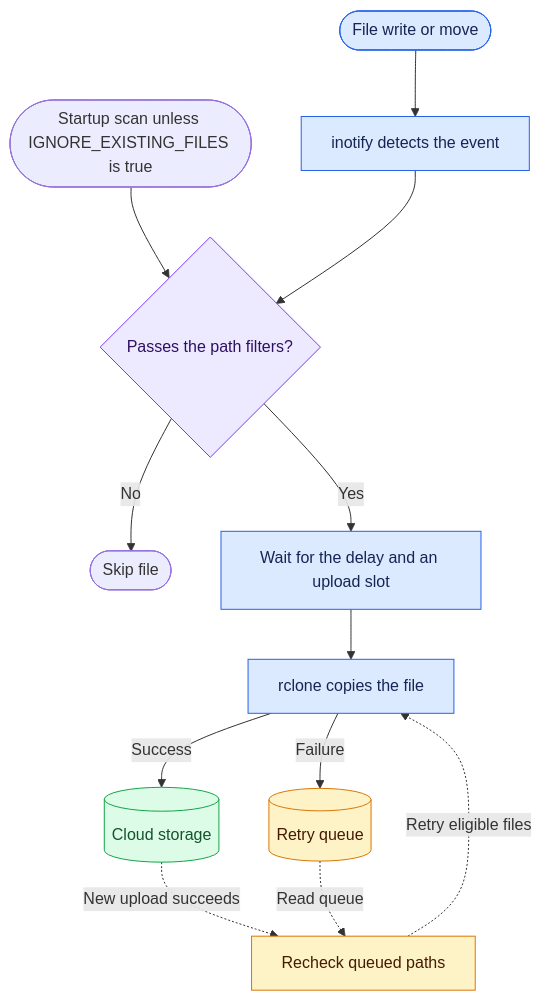
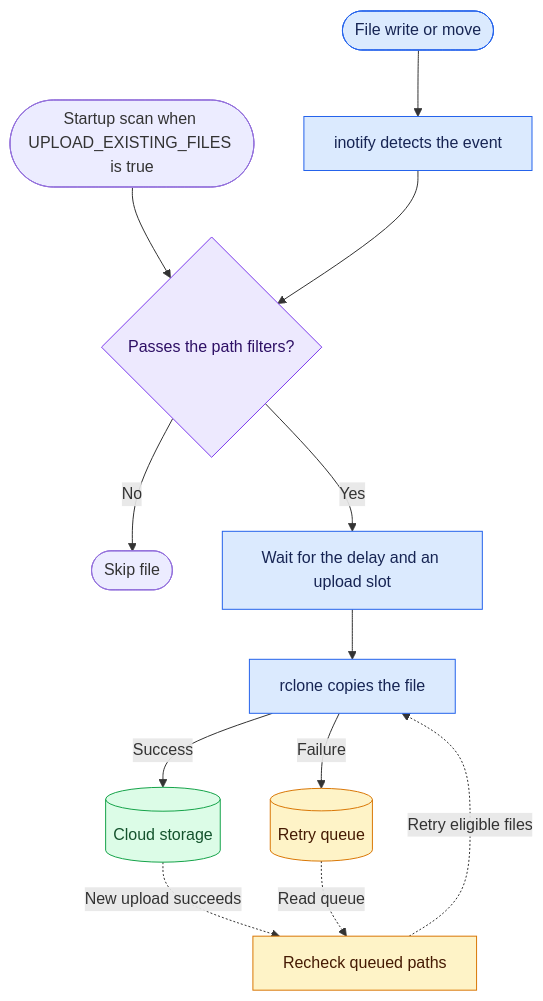
The diagram in README.md (ldsink/rclone-watch), drawn with Mermaid before and after one commit. The commit also changed other lines of this file and 4 other files, not shown here.

````diff
--- a/README.md
+++ b/README.md
@@ -127,23 +126,23 @@
 ```mermaid
 flowchart TD
     Event(["File write or move"]) --> Watch["inotify detects the event"]
-    Startup(["Startup scan unless IGNORE_EXISTING_FILES is true"]) --> Filters
+    Startup(["Startup scan when UPLOAD_EXISTING_FILES is true"]) --> Filters
     Watch --> Filters{"Passes the path filters?"}
     Filters -->|No| Skip(["Skip file"])
     Filters -->|Yes| Wait["Wait for the delay and an upload slot"]
     Wait --> Upload["rclone copies the file"]
     Upload -->|Success| Cloud[("Cloud storage")]
     Upload -->|Failure| Queue[("Retry queue")]
     Cloud -.->|New upload succeeds| Retry["Recheck queued paths"]
     Queue -.->|Read queue| Retry
     Retry -.->|Retry eligible files| Upload
 
     classDef input fill:#dbeafe,stroke:#2563eb,color:#172554
     classDef decision fill:#ede9fe,stroke:#7c3aed,color:#2e1065
     classDef success fill:#dcfce7,stroke:#16a34a,color:#14532d
     classDef retry fill:#fef3c7,stroke:#d97706,color:#451a03
     class Event,Watch,Wait,Upload input
     class Filters decision
     class Cloud success
     class Queue,Retry retry
 ```
````
